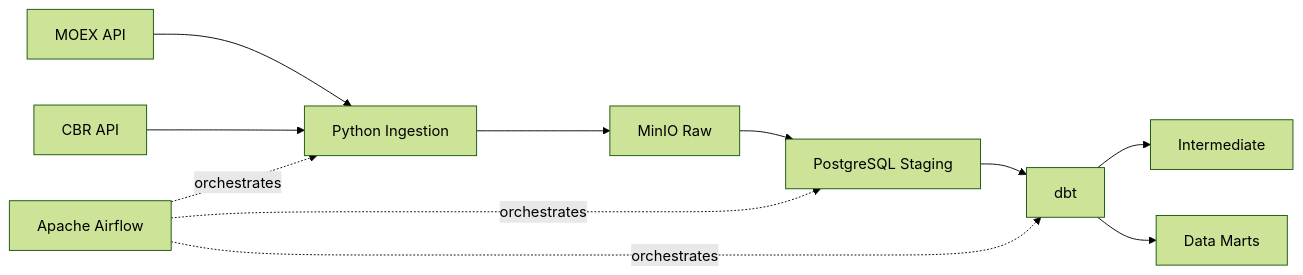
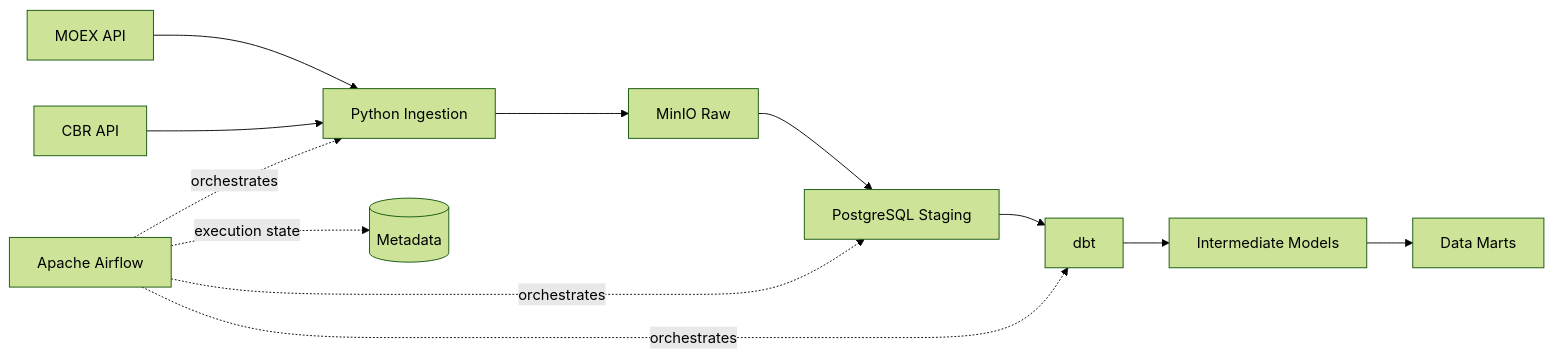
Before and after one commit to airzonex/financial-data-platform: the first of 2 diagrams in README.md, drawn with Mermaid (forest theme). The commit also changed other lines of this file, not shown here.

````diff
--- a/README.md
+++ b/README.md
@@ -49,15 +9,18 @@
 ```mermaid
 flowchart LR
     MOEX[MOEX API] --> INGEST[Python Ingestion]
     CBR[CBR API] --> INGEST
 
     INGEST --> RAW[MinIO Raw]
     RAW --> STG[PostgreSQL Staging]
     STG --> DBT[dbt]
-    DBT --> INT[Intermediate]
-    DBT --> MARTS[Data Marts]
+
+    DBT --> INT[Intermediate Models]
+    INT --> MARTS[Data Marts]
 
     AF[Apache Airflow] -. orchestrates .-> INGEST
     AF -. orchestrates .-> STG
     AF -. orchestrates .-> DBT
+
+    AF -. execution state .-> META[(Metadata)]
 ```
````
